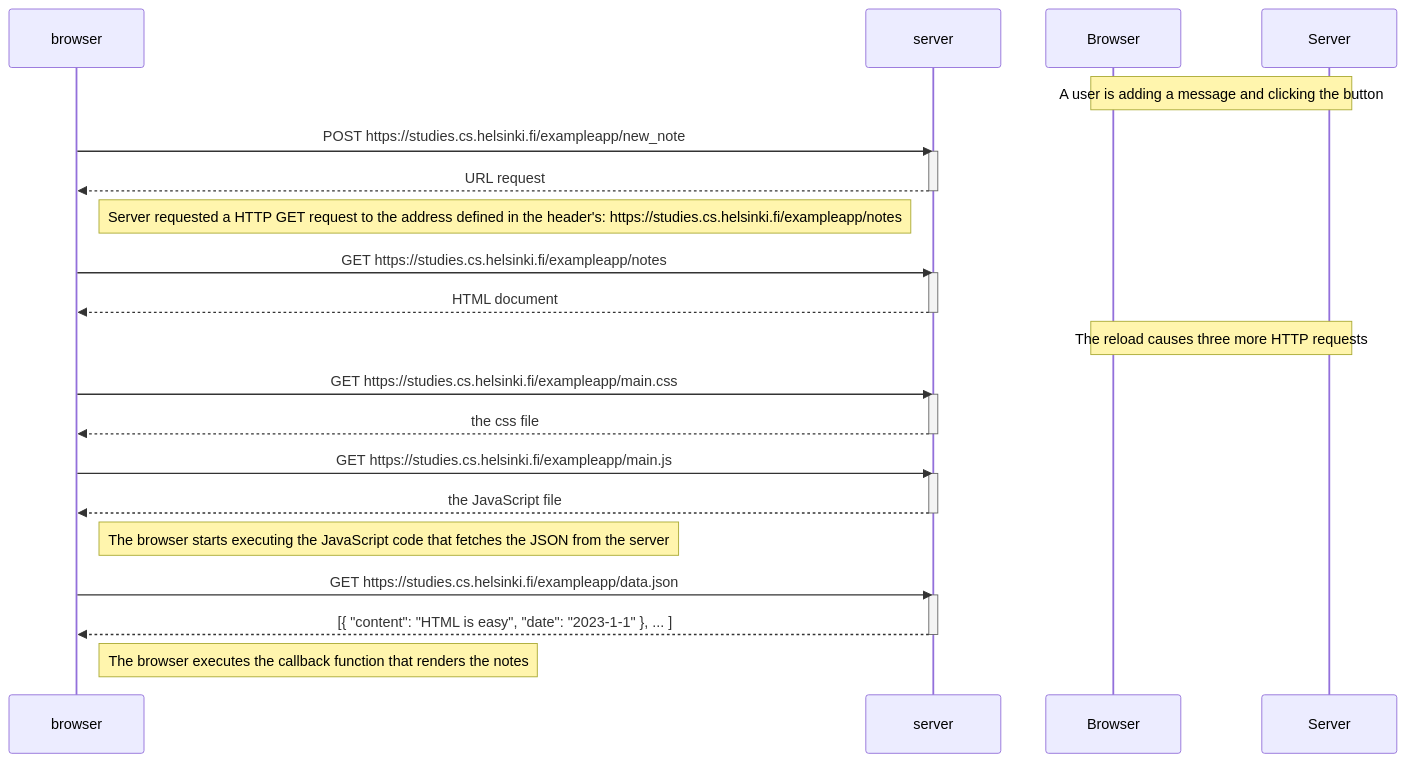
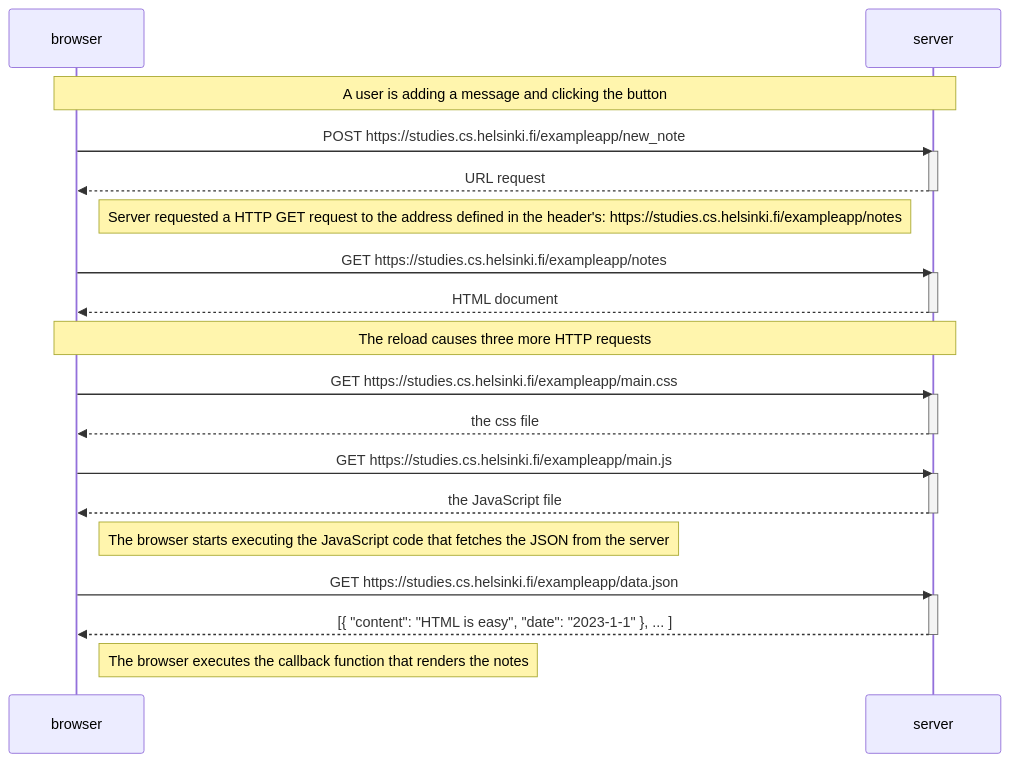
Before and after one commit to karolinakwasny/Full_Stack_open: the diagram in part0/new_note_diagram.md, drawn with Mermaid.

````diff
--- a/part0/new_note_diagram.md
+++ b/part0/new_note_diagram.md
@@ -1,40 +1,40 @@
 ```mermaid
 sequenceDiagram
     participant browser
     participant server
 
-    Note over Browser, Server: A user is adding a message and clicking the button
+    Note over browser, server: A user is adding a message and clicking the button
 
     browser->>server: POST https://studies.cs.helsinki.fi/exampleapp/new_note
     activate server
     server-->>browser: URL request
     deactivate server
 
     Note right of browser: Server requested a HTTP GET request to the address defined in the header's: https://studies.cs.helsinki.fi/exampleapp/notes
 
     browser->>server: GET https://studies.cs.helsinki.fi/exampleapp/notes
     activate server
     server-->>browser: HTML document
     deactivate server
 
-    Note over Browser, Server: The reload causes three more HTTP requests
+    Note over browser, server: The reload causes three more HTTP requests
 
     browser->>server: GET https://studies.cs.helsinki.fi/exampleapp/main.css
     activate server
     server-->>browser: the css file
     deactivate server
 
     browser->>server: GET https://studies.cs.helsinki.fi/exampleapp/main.js
     activate server
     server-->>browser: the JavaScript file
     deactivate server
 
     Note right of browser: The browser starts executing the JavaScript code that fetches the JSON from the server
 
     browser->>server: GET https://studies.cs.helsinki.fi/exampleapp/data.json
     activate server
     server-->>browser: [{ "content": "HTML is easy", "date": "2023-1-1" }, ... ]
     deactivate server
 
     Note right of browser: The browser executes the callback function that renders the notes
 ```
````
